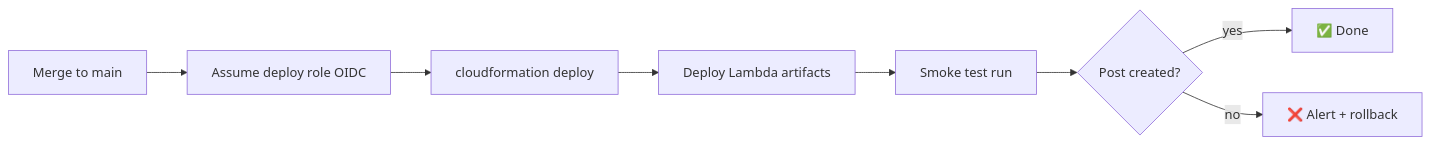
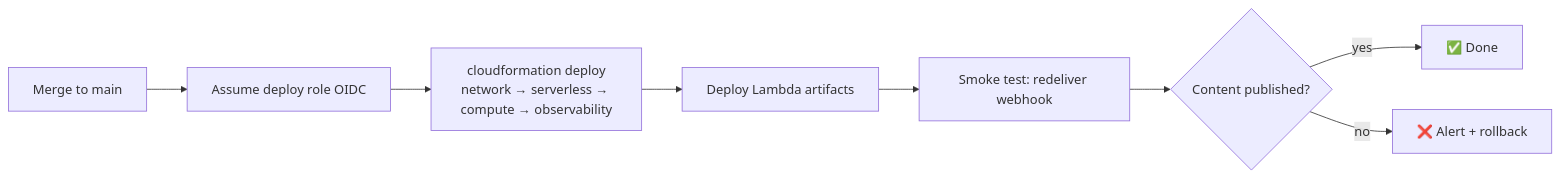
Before and after one commit to teddynted/ai-github-repository-blog-generator: the second of 2 diagrams in docs/ci-cd.md, drawn with Mermaid. The commit also changed other lines of this file and 12 other files, not shown here.

First line of the commit message:
docs: pivot to self-hosted OpenClaw + Ollama + EC2 Spot architecture

````diff
--- a/docs/ci-cd.md
+++ b/docs/ci-cd.md
@@ -132,10 +130,10 @@
 ```mermaid
 flowchart LR
     A[Merge to main] --> B[Assume deploy role OIDC]
-    B --> C[cloudformation deploy]
+    B --> C[cloudformation deploy<br/>network → serverless → compute → observability]
     C --> D[Deploy Lambda artifacts]
-    D --> E[Smoke test run]
-    E --> F{Post created?}
+    D --> E[Smoke test: redeliver webhook]
+    E --> F{Content published?}
     F -- yes --> G[✅ Done]
     F -- no --> H[❌ Alert + rollback]
 ```
````
